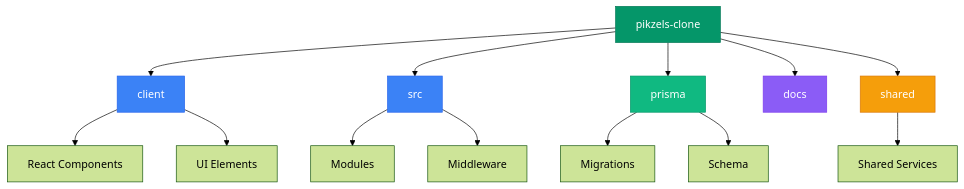
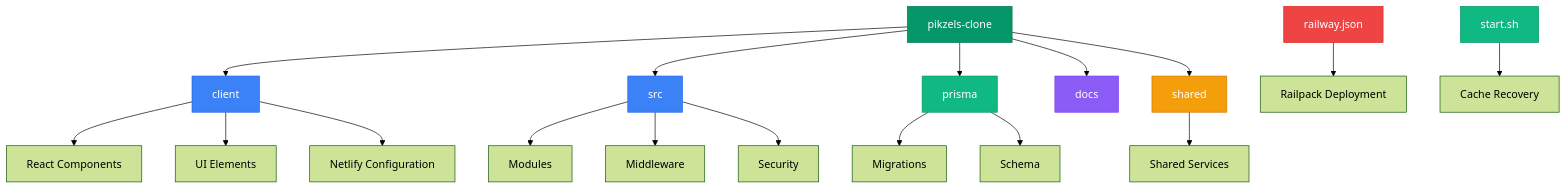
Before and after one commit to Brimstow/ThumPiks: the sixth of 6 diagrams in .qoder/repowiki/en/content/System Overview.md, drawn with Mermaid (forest theme). The commit also changed other lines of this file and 900 other files, not shown here.

````diff
--- a/.qoder/repowiki/en/content/System Overview.md
+++ b/.qoder/repowiki/en/content/System Overview.md
@@ -272,21 +373,27 @@
 ```mermaid
 graph TD
 A[pikzels-clone] --> B[client]
 A --> C[src]
 A --> D[prisma]
 A --> E[docs]
 A --> F[shared]
 B --> G[React Components]
 B --> H[UI Elements]
-C --> I[Modules]
-C --> J[Middleware]
-D --> K[Migrations]
-D --> L[Schema]
-F --> M[Shared Services]
+B --> I[Netlify Configuration]
+C --> J[Modules]
+C --> K[Middleware]
+C --> L[Security]
+D --> M[Migrations]
+D --> N[Schema]
+F --> O[Shared Services]
+P[railway.json] --> Q[Railpack Deployment]
+R[start.sh] --> S[Cache Recovery]
 style A fill:#059669,stroke:#047857,color:white
 style B fill:#3B82F6,stroke:#2563EB,color:white
 style C fill:#3B82F6,stroke:#2563EB,color:white
 style D fill:#10B981,stroke:#059669,color:white
 style E fill:#8B5CF6,stroke:#7C3AED,color:white
 style F fill:#F59E0B,stroke:#D97706,color:white
+style P fill:#EF4444,stroke:#DC2626,color:white
+style R fill:#10B981,stroke:#059669,color:white
 ```
````
